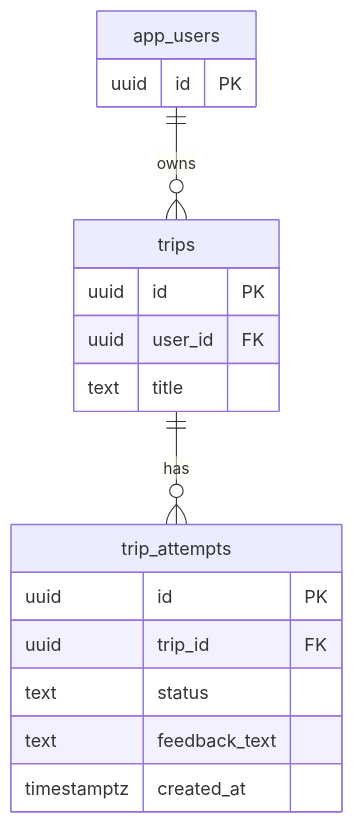
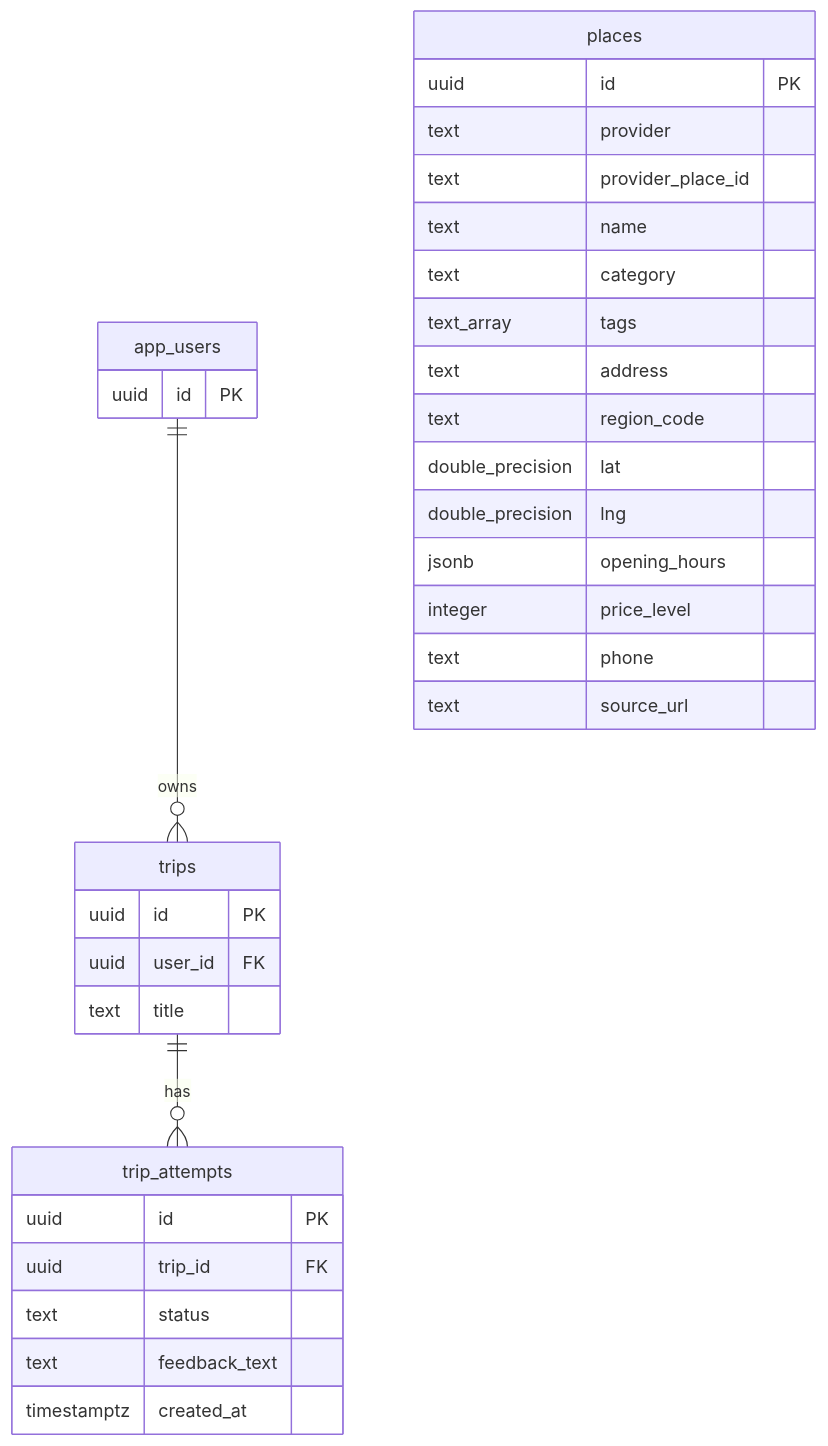
One commit to journey-101/main changed the diagram in docs/schema/db.md. Above: the diagram before and after it, drawn with Mermaid. The commit also changed other lines of this file and 7 other files, not shown here.

````diff
--- a/docs/schema/db.md
+++ b/docs/schema/db.md
@@ -10,23 +12,40 @@
 ```mermaid
 erDiagram
     app_users ||--o{ trips : owns
     trips ||--o{ trip_attempts : has
 
     app_users {
         uuid id PK
     }
 
     trips {
         uuid id PK
         uuid user_id FK
         text title
     }
 
     trip_attempts {
         uuid id PK
         uuid trip_id FK
         text status
         text feedback_text
         timestamptz created_at
     }
+
+    places {
+        uuid id PK
+        text provider
+        text provider_place_id
+        text name
+        text category
+        text_array tags
+        text address
+        text region_code
+        double_precision lat
+        double_precision lng
+        jsonb opening_hours
+        integer price_level
+        text phone
+        text source_url
+    }
 ```
````
